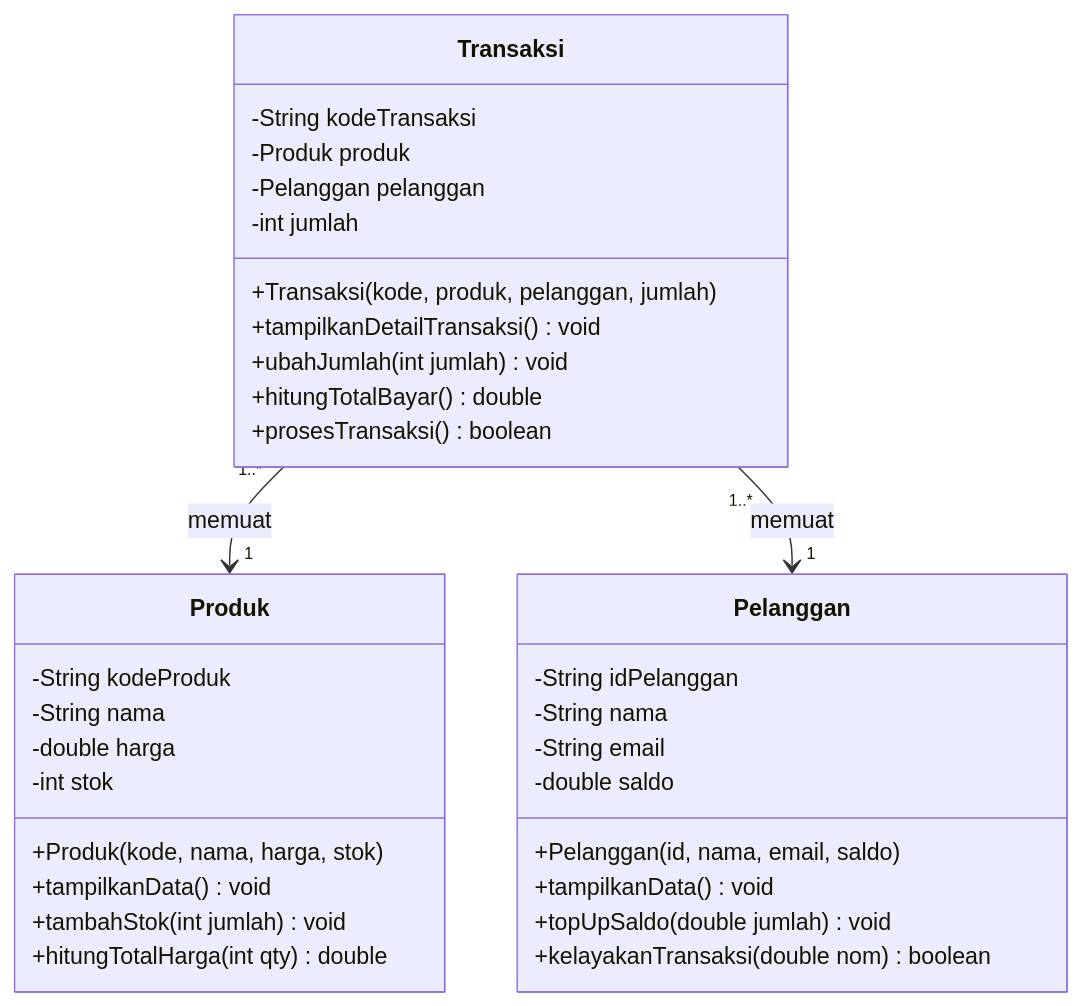
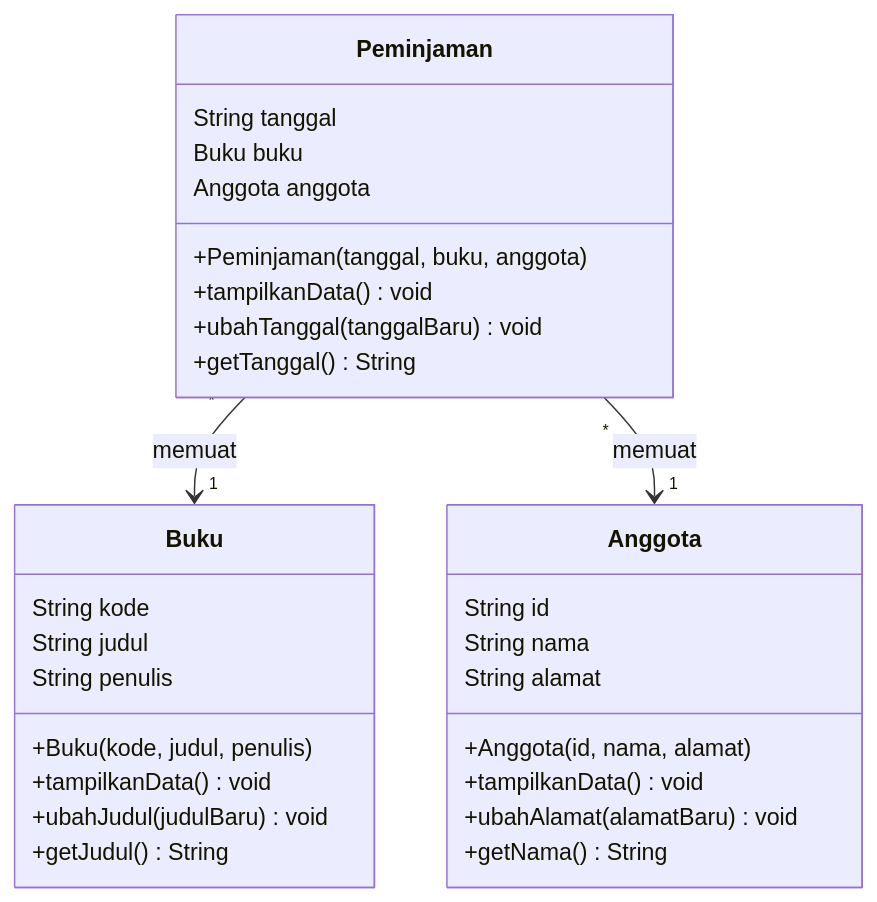
Before and after one commit to Lanvry/Pemerograman-Berorientasi-Objek: the diagram in P2_3125522010_ArjunaLanangAdiwarsana/README.md, drawn with Mermaid. The commit also changed other lines of this file and 30 other files, not shown here.

````diff
--- a/P2_3125522010_ArjunaLanangAdiwarsana/README.md
+++ b/P2_3125522010_ArjunaLanangAdiwarsana/README.md
@@ -44,39 +46,35 @@
 ```mermaid
 classDiagram
-    class Produk {
-        -String kodeProduk
-        -String nama
-        -double harga
-        -int stok
-        +Produk(kode, nama, harga, stok)
+    class Buku {
+        String kode
+        String judul
+        String penulis
+        +Buku(kode, judul, penulis)
         +tampilkanData() void
-        +tambahStok(int jumlah) void
-        +hitungTotalHarga(int qty) double
+        +ubahJudul(judulBaru) void
+        +getJudul() String
     }
 
-    class Pelanggan {
-        -String idPelanggan
-        -String nama
-        -String email
-        -double saldo
-        +Pelanggan(id, nama, email, saldo)
+    class Anggota {
+        String id
+        String nama
+        String alamat
+        +Anggota(id, nama, alamat)
         +tampilkanData() void
-        +topUpSaldo(double jumlah) void
-        +kelayakanTransaksi(double nom) boolean
+        +ubahAlamat(alamatBaru) void
+        +getNama() String
     }
 
-    class Transaksi {
-        -String kodeTransaksi
-        -Produk produk
-        -Pelanggan pelanggan
-        -int jumlah
-        +Transaksi(kode, produk, pelanggan, jumlah)
-        +tampilkanDetailTransaksi() void
-        +ubahJumlah(int jumlah) void
-        +hitungTotalBayar() double
-        +prosesTransaksi() boolean
+    class Peminjaman {
+        String tanggal
+        Buku buku
+        Anggota anggota
+        +Peminjaman(tanggal, buku, anggota)
+        +tampilkanData() void
+        +ubahTanggal(tanggalBaru) void
+        +getTanggal() String
     }
 
-    Transaksi "1..*" --> "1" Produk : memuat
-    Transaksi "1..*" --> "1" Pelanggan : memuat
+    Peminjaman "*" --> "1" Buku : memuat
+    Peminjaman "*" --> "1" Anggota : memuat
 ```
````
